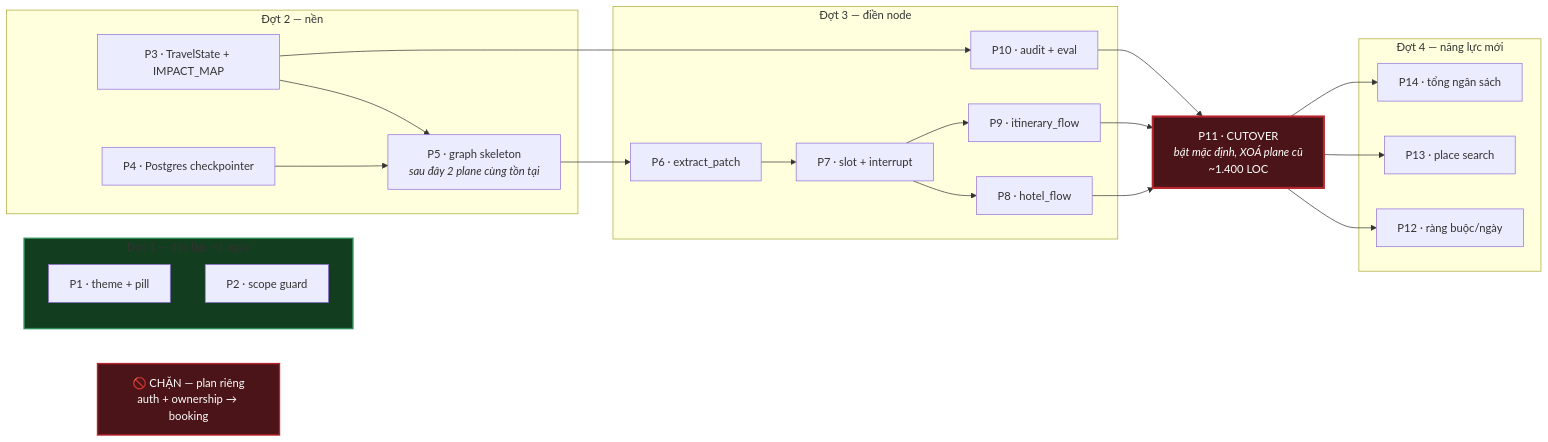
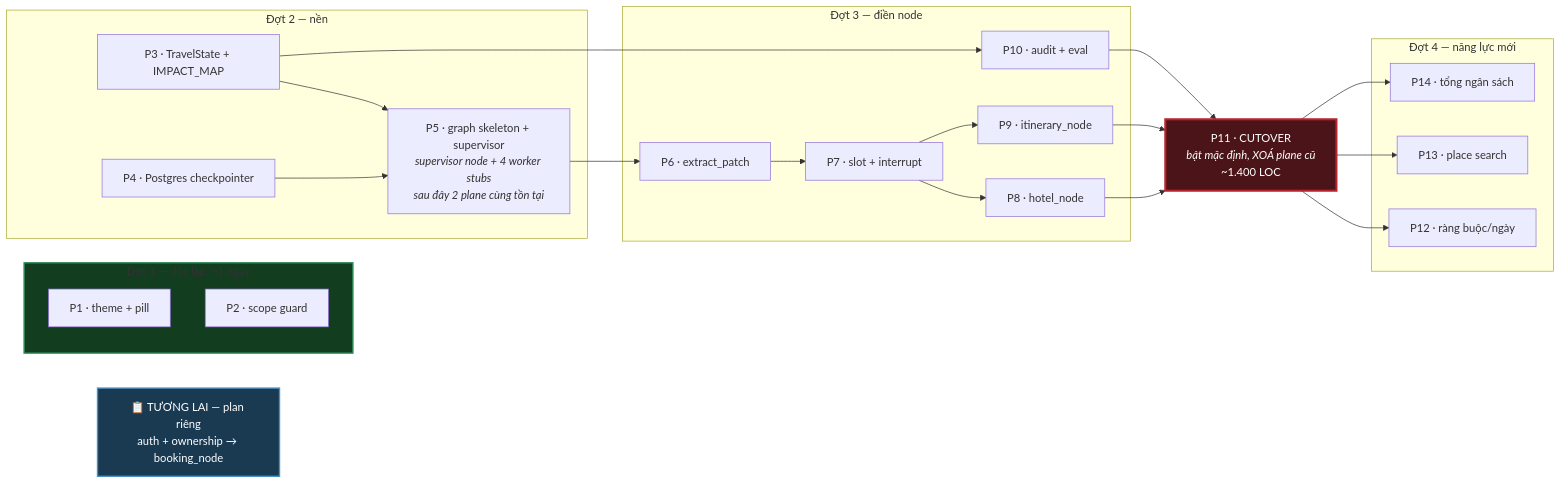
One commit to 0infinitive0/VSF-Intern-project changed the seventh of 7 diagrams in plans/260812-0927-langgraph-orchestration-state-patch-and-interrupts/target-architecture.md. Above: the diagram before and after it, drawn with Mermaid. The commit also changed other lines of this file and 8 other files, not shown here.

Commit message:
Refactor orchestration architecture: replace flow nodes with dedicated worker nodes

````diff
--- a/plans/260812-0927-langgraph-orchestration-state-patch-and-interrupts/target-architecture.md
+++ b/plans/260812-0927-langgraph-orchestration-state-patch-and-interrupts/target-architecture.md
@@ -186,53 +538,53 @@
 ```mermaid
 flowchart LR
     subgraph W1["Đợt 1 — độc lập, ~1 ngày"]
         A1["P1 · theme + pill"]
         A2["P2 · scope guard"]
     end
 
     subgraph W2["Đợt 2 — nền"]
         B3["P3 · TravelState + IMPACT_MAP"]
         B4["P4 · Postgres checkpointer"]
-        B5["P5 · graph skeleton<br/><i>sau đây 2 plane cùng tồn tại</i>"]
+        B5["P5 · graph skeleton + supervisor<br/><i>supervisor node + 4 worker stubs<br/>sau đây 2 plane cùng tồn tại</i>"]
     end
 
     subgraph W3["Đợt 3 — điền node"]
         C6["P6 · extract_patch"]
         C7["P7 · slot + interrupt"]
-        C8["P8 · hotel_flow"]
-        C9["P9 · itinerary_flow"]
+        C8["P8 · hotel_node"]
+        C9["P9 · itinerary_node"]
         C10["P10 · audit + eval"]
     end
 
     CUT["P11 · CUTOVER<br/><i>bật mặc định, XOÁ plane cũ</i><br/>~1.400 LOC"]
 
     subgraph W4["Đợt 4 — năng lực mới"]
         D12["P12 · ràng buộc/ngày"]
         D13["P13 · place search"]
         D14["P14 · tổng ngân sách"]
     end
 
     B3 --> B5
     B4 --> B5
     B5 --> C6 --> C7
     C7 --> C8
     C7 --> C9
     B3 --> C10
 
     C8 --> CUT
     C9 --> CUT
     C10 --> CUT
 
     CUT --> D12
     CUT --> D13
     CUT --> D14
 
-    BLOCKED["🚫 CHẶN — plan riêng<br/>auth + ownership → booking"]
+    FUTURE["📋 TƯƠNG LAI — plan riêng<br/>auth + ownership → booking_node"]
 
     class W1 first
     class CUT cutover
-    class BLOCKED blocked
+    class FUTURE future
     classDef first fill:#123d1f,stroke:#2e8b57,stroke-width:2px
     classDef cutover fill:#4a1418,stroke:#b8232c,stroke-width:3px,color:#fff
-    classDef blocked fill:#4a1418,stroke:#b8232c,stroke-width:2px,color:#fff
+    classDef future fill:#1a3a52,stroke:#4a90c2,stroke-width:2px,color:#fff
 ```
````
